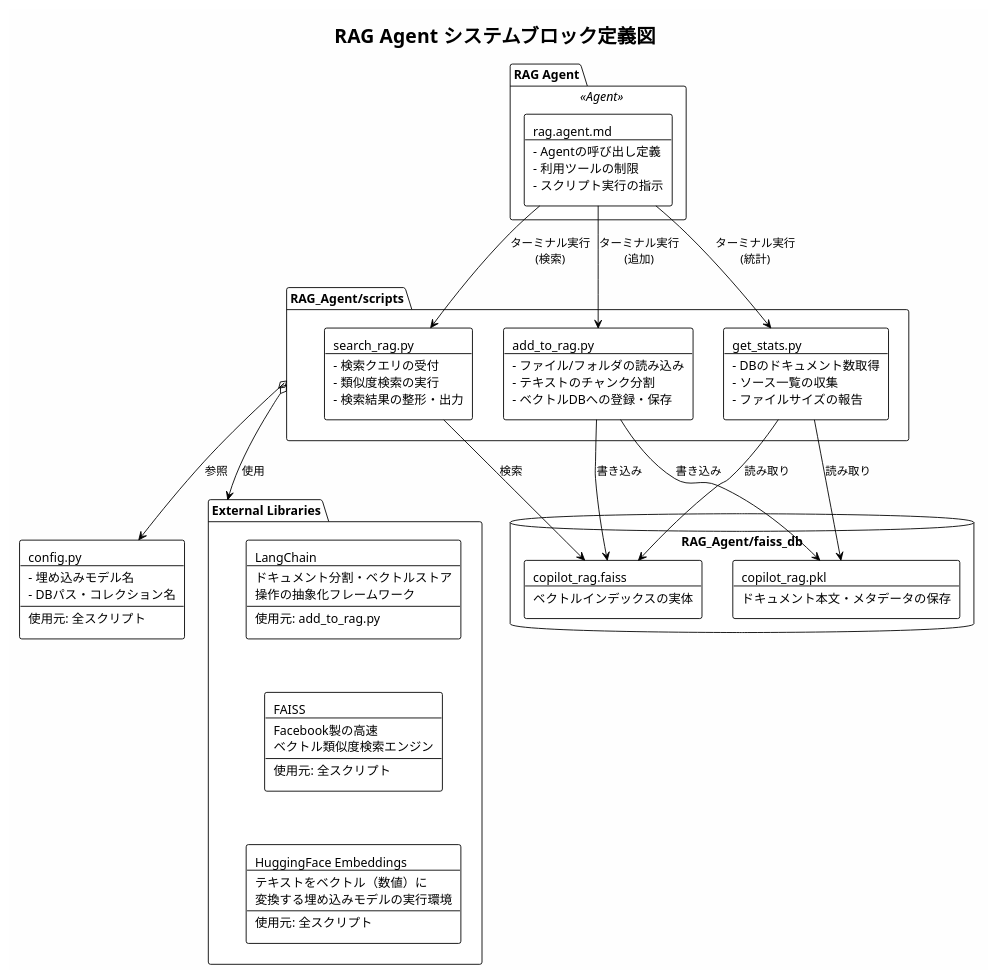
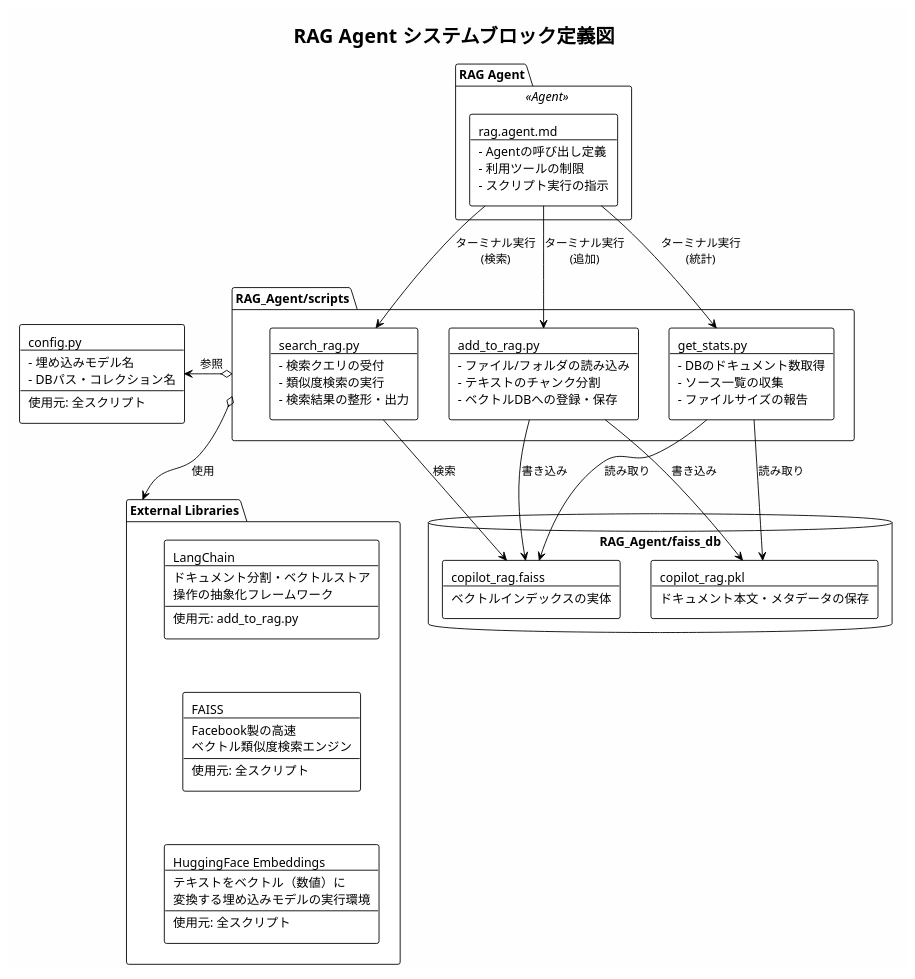
One commit to Yuki118704/VScRAG_Sys changed the diagram in Design/rag_agent_block_diagram.puml. Above: the diagram before and after it, drawn with PlantUML. The commit also changed 14 other files, not shown here.

```diff
--- a/Design/rag_agent_block_diagram.puml
+++ b/Design/rag_agent_block_diagram.puml
@@ -1,54 +1,54 @@
 @startuml RAG_Agent_Block_Diagram
 !theme plain
 skinparam backgroundColor #FEFEFE
 skinparam componentStyle rectangle
 
 title RAG Agent システムブロック定義図
 
 package "RAG Agent" as agent_pkg <<Agent>> {
     rectangle "rag.agent.md\n--\n- Agentの呼び出し定義\n- 利用ツールの制限\n- スクリプト実行の指示" as agent_def
 }
 
 package "RAG_Agent/scripts" as scripts {
     rectangle "search_rag.py\n--\n- 検索クエリの受付\n- 類似度検索の実行\n- 検索結果の整形・出力" as search_script
     rectangle "add_to_rag.py\n--\n- ファイル/フォルダの読み込み\n- テキストのチャンク分割\n- ベクトルDBへの登録・保存" as add_script
     rectangle "get_stats.py\n--\n- DBのドキュメント数取得\n- ソース一覧の収集\n- ファイルサイズの報告" as stats_script
 }
 
 rectangle "config.py\n--\n- 埋め込みモデル名\n- DBパス・コレクション名\n--\n使用元: 全スクリプト" as config
 
 package "External Libraries" as libs {
     rectangle "LangChain\n--\nドキュメント分割・ベクトルストア\n操作の抽象化フレームワーク\n--\n使用元: add_to_rag.py" as langchain
     rectangle "FAISS\n--\nFacebook製の高速\nベクトル類似度検索エンジン\n--\n使用元: 全スクリプト" as faiss_lib
     rectangle "HuggingFace Embeddings\n--\nテキストをベクトル（数値）に\n変換する埋め込みモデルの実行環境\n--\n使用元: 全スクリプト" as hf
     langchain -[hidden]down-> faiss_lib
     faiss_lib -[hidden]down-> hf
 }
 
 database "RAG_Agent/faiss_db" as db {
     rectangle "copilot_rag.faiss\n--\nベクトルインデックスの実体" as faiss_index
     rectangle "copilot_rag.pkl\n--\nドキュメント本文・メタデータの保存" as docstore
 }
 
 
 ' ①関連: Agent → Scripts（実行依存）
 agent_def --> search_script : ターミナル実行\n(検索)
 agent_def --> add_script : ターミナル実行\n(追加)
 agent_def --> stats_script : ターミナル実行\n(統計)
 
 
 ' ①関連: Scripts → DB（直接操作）
 search_script --> faiss_index : 検索
 add_script --> faiss_index : 書き込み
 add_script --> docstore : 書き込み
 stats_script --> faiss_index : 読み取り
 stats_script --> docstore : 読み取り
 
 ' ③共有関連: スクリプト → 外部ライブラリ（複数スクリプトが共有）
 scripts o--> libs : 使用
 
 ' ③共有関連: スクリプト → 設定ファイル（複数スクリプトが共有）
-scripts o--> config : 参照
+scripts o-left-> config : 参照
 
 
 @enduml
```
